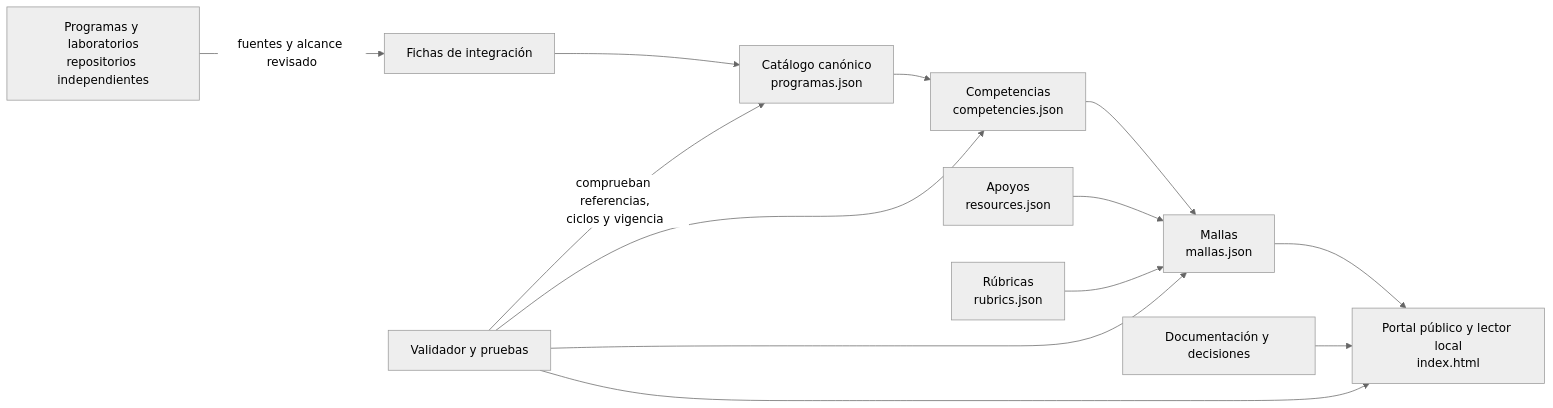
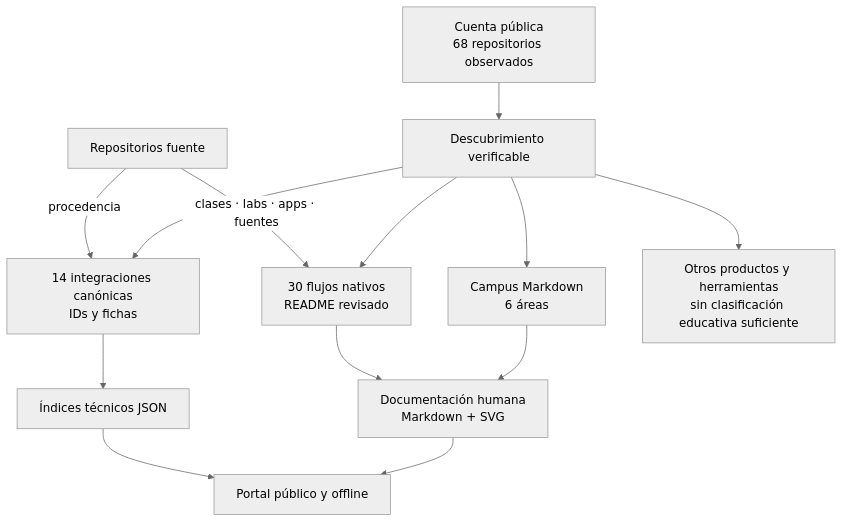
The first of 6 diagrams in docs/ECOSYSTEM_MAP.md (vladimiracunadev-create/lifelong-learning-ecosystem), drawn with Mermaid (neutral theme) before and after one commit. The commit also changed other lines of this file and 44 other files, not shown here.

Commit message:
docs: rebuild ecosystem around real learning flows

````diff
--- a/docs/ECOSYSTEM_MAP.md
+++ b/docs/ECOSYSTEM_MAP.md
@@ -121,15 +13,17 @@
 ```mermaid
-flowchart LR
-    P[Programas y laboratorios<br/>repositorios independientes] -->|fuentes y alcance revisado| I[Fichas de integración]
-    I --> C[Catálogo canónico<br/>programas.json]
-    C --> K[Competencias<br/>competencies.json]
-    K --> M[Mallas<br/>mallas.json]
-    S[Apoyos<br/>resources.json] --> M
-    A[Rúbricas<br/>rubrics.json] --> M
-    M --> R[Portal público y lector local<br/>index.html]
-    D[Documentación y decisiones] --> R
-    V[Validador y pruebas] -->|comprueban referencias,<br/>ciclos y vigencia| C
-    V --> K
-    V --> M
-    V --> R
+flowchart TB
+    GH[Cuenta pública<br/>68 repositorios observados] --> D[Descubrimiento verificable]
+    D --> C[Campus Markdown<br/>6 áreas]
+    D --> F[30 flujos nativos<br/>README revisado]
+    D --> K[14 integraciones canónicas<br/>IDs y fichas]
+    D --> O[Otros productos y herramientas<br/>sin clasificación educativa suficiente]
+
+    C --> DOC[Documentación humana<br/>Markdown + SVG]
+    F --> DOC
+    K --> JSON[Índices técnicos JSON]
+    DOC --> P[Portal público y offline]
+    JSON --> P
+
+    SRC[Repositorios fuente] -->|clases · labs · apps · fuentes| F
+    SRC -->|procedencia| K
 ```
````
